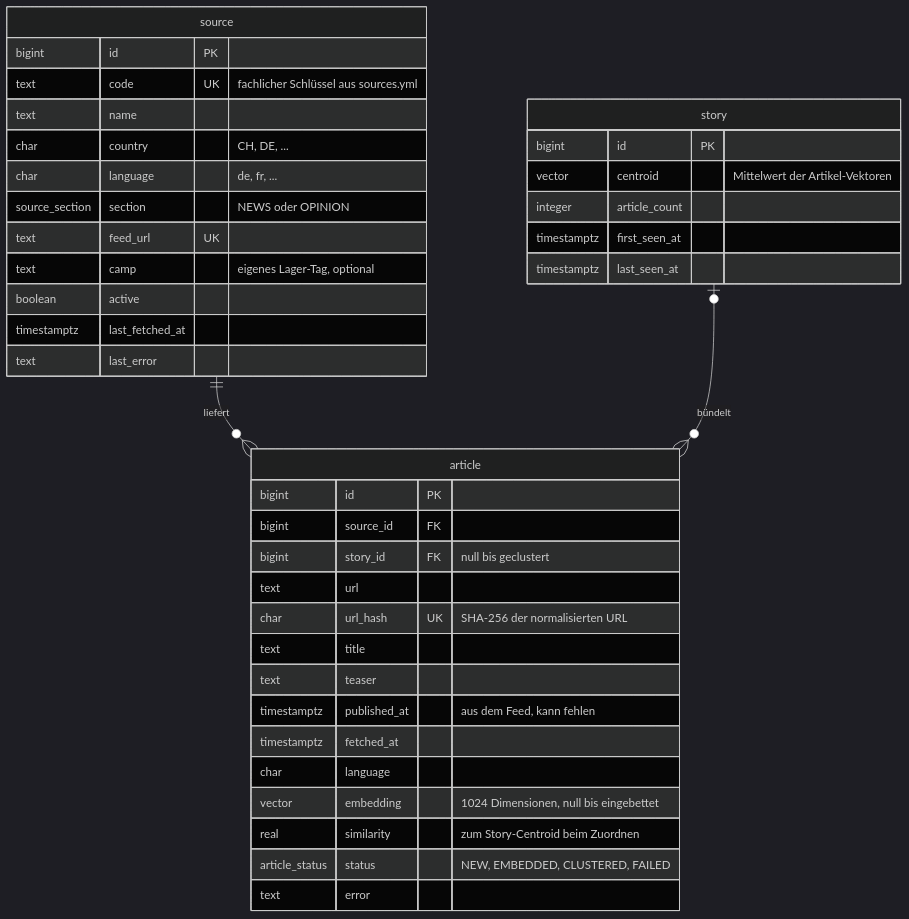
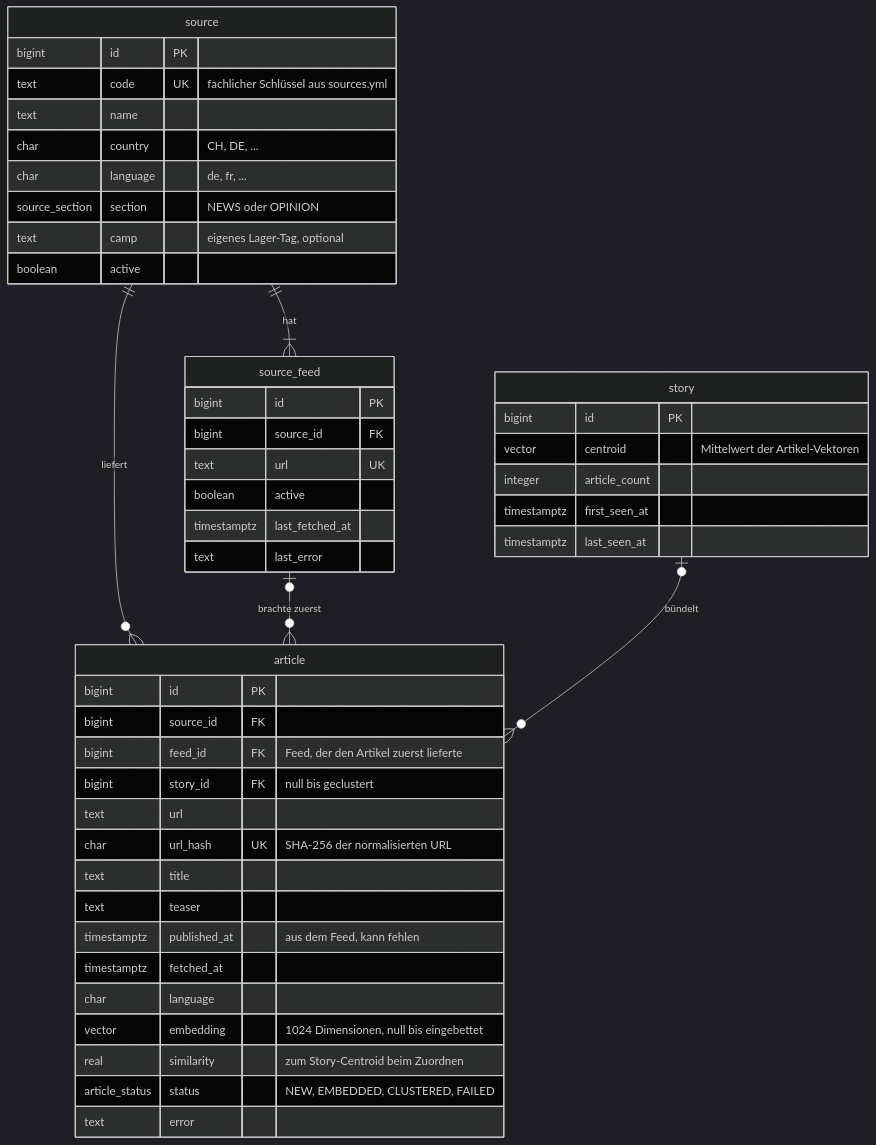
The first of 8 diagrams in docs/datenmodell.md (chhex/blickwinkel), drawn with Mermaid (dark theme) before and after one commit. The commit also changed other lines of this file and 8 other files, not shown here.

````diff
--- a/docs/datenmodell.md
+++ b/docs/datenmodell.md
@@ -12,44 +12,53 @@
 ```mermaid
 erDiagram
+    source ||--|{ source_feed : "hat"
     source ||--o{ article : "liefert"
+    source_feed |o--o{ article : "brachte zuerst"
     story |o--o{ article : "bündelt"
 
     source {
         bigint id PK
         text code UK "fachlicher Schlüssel aus sources.yml"
         text name
         char country "CH, DE, ..."
         char language "de, fr, ..."
         source_section section "NEWS oder OPINION"
-        text feed_url UK
         text camp "eigenes Lager-Tag, optional"
+        boolean active
+    }
+
+    source_feed {
+        bigint id PK
+        bigint source_id FK
+        text url UK
         boolean active
         timestamptz last_fetched_at
         text last_error
     }
 
     article {
         bigint id PK
         bigint source_id FK
+        bigint feed_id FK "Feed, der den Artikel zuerst lieferte"
         bigint story_id FK "null bis geclustert"
         text url
         char url_hash UK "SHA-256 der normalisierten URL"
         text title
         text teaser
         timestamptz published_at "aus dem Feed, kann fehlen"
         timestamptz fetched_at
         char language
         vector embedding "1024 Dimensionen, null bis eingebettet"
         real similarity "zum Story-Centroid beim Zuordnen"
         article_status status "NEW, EMBEDDED, CLUSTERED, FAILED"
         text error
     }
 
     story {
         bigint id PK
         vector centroid "Mittelwert der Artikel-Vektoren"
         integer article_count
         timestamptz first_seen_at
         timestamptz last_seen_at
     }
 ```
````
